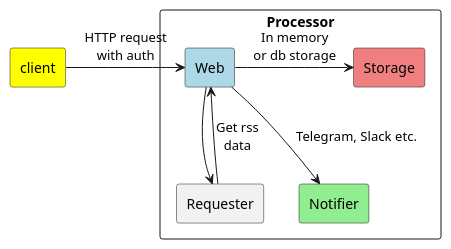
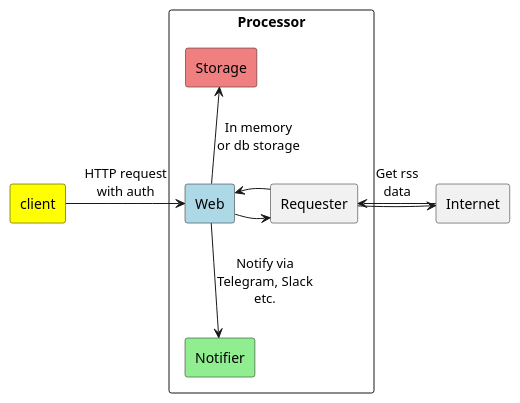
One commit to petrovvich/rss-aggregator changed the diagram in docs/architecture.puml. Above: the diagram before and after it, drawn with PlantUML. The commit also changed 11 other files, not shown here.

```diff
--- a/docs/architecture.puml
+++ b/docs/architecture.puml
@@ -1,20 +1,24 @@
 @startuml
 
 skinparam componentStyle rectangle
 
 component [client] #Yellow
 
 component Processor {
     component [Web] as web #LightBlue
     component [Storage] as store #LightCoral
+    component [Requester] as request
     component [Notifier] as notify #LightGreen
-    component [Requester] as request
 }
 
+component Internet as internet
+
 client -r-> web : HTTP request\nwith auth
-web -d-> request
-request -> web : Get rss\ndata
-web -r-> store : In memory\nor db storage
-web -d-> notify : Telegram, Slack etc.
+web -> request
+request -r-> internet
+internet -l-> request : Get rss\ndata
+request -> web
+web -d-> notify : Notify via\nTelegram, Slack\netc.
+web -u-> store : In memory\nor db storage
 
 @enduml
```
